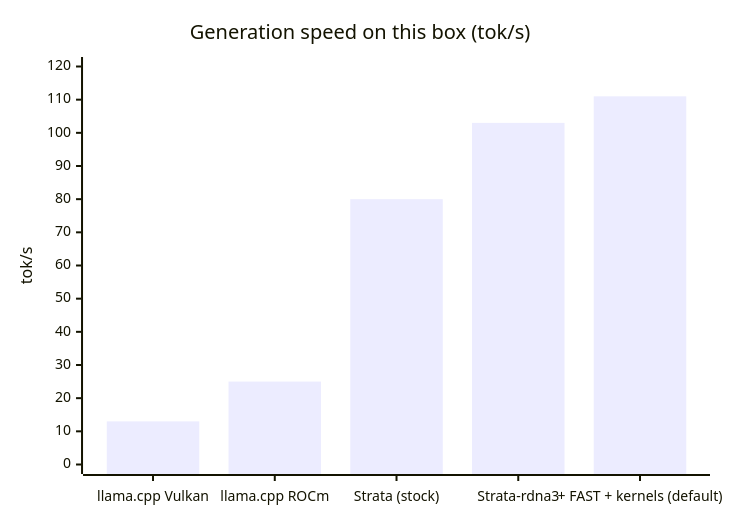
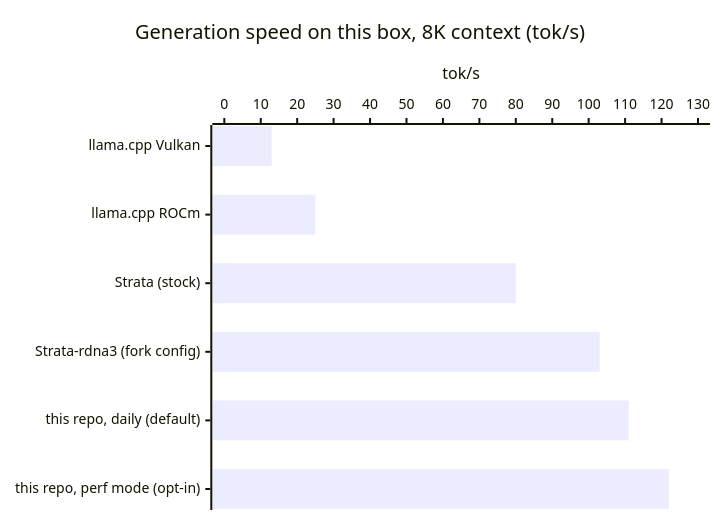
The first of 3 diagrams in README.md (toreanjoel/rdna3-moe-tuning), drawn with Mermaid before and after one commit. The commit also changed other lines of this file, not shown here.

Commit message:
README charts: horizontal bars for long labels, perf-mode bar added; step-time note matches CPU-expert findings

````diff
--- a/README.md
+++ b/README.md
@@ -49,7 +49,7 @@
 ```mermaid
-xychart-beta
-    title "Generation speed on this box (tok/s)"
-    x-axis ["llama.cpp Vulkan", "llama.cpp ROCm", "Strata (stock)", "Strata-rdna3", "+ FAST + kernels (default)"]
-    y-axis "tok/s" 0 --> 120
-    bar [13, 25, 80, 103, 111]
+xychart-beta horizontal
+    title "Generation speed on this box, 8K context (tok/s)"
+    x-axis ["llama.cpp Vulkan", "llama.cpp ROCm", "Strata (stock)", "Strata-rdna3 (fork config)", "this repo, daily (default)", "this repo, perf mode (opt-in)"]
+    y-axis "tok/s" 0 --> 130
+    bar [13, 25, 80, 103, 111, 122]
 ```
````
